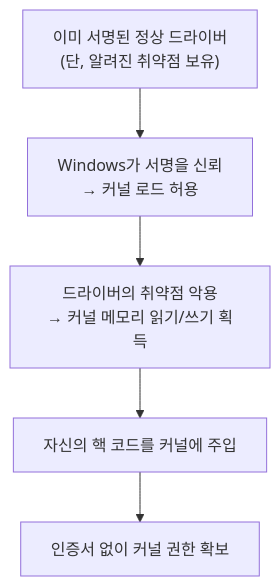
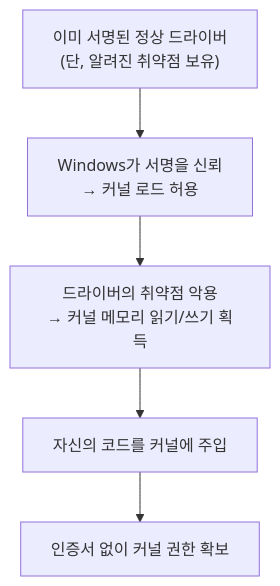
Before and after one commit to shm3041/shm3041.github.io: the diagram in _posts/2026-11-23-byovd-anticheat.md, drawn with Mermaid. The commit also changed other lines of this file, not shown here.

````diff
--- a/_posts/2026-11-23-byovd-anticheat.md
+++ b/_posts/2026-11-23-byovd-anticheat.md
@@ -29,7 +22,7 @@
 ```mermaid
 flowchart TD
     A["이미 서명된 정상 드라이버<br/>(단, 알려진 취약점 보유)"] --> B["Windows가 서명을 신뢰<br/>→ 커널 로드 허용"]
     B --> C["드라이버의 취약점 악용<br/>→ 커널 메모리 읽기/쓰기 획득"]
-    C --> D["자신의 핵 코드를 커널에 주입"]
+    C --> D["자신의 코드를 커널에 주입"]
     D --> E["인증서 없이 커널 권한 확보"]
 ```
````
